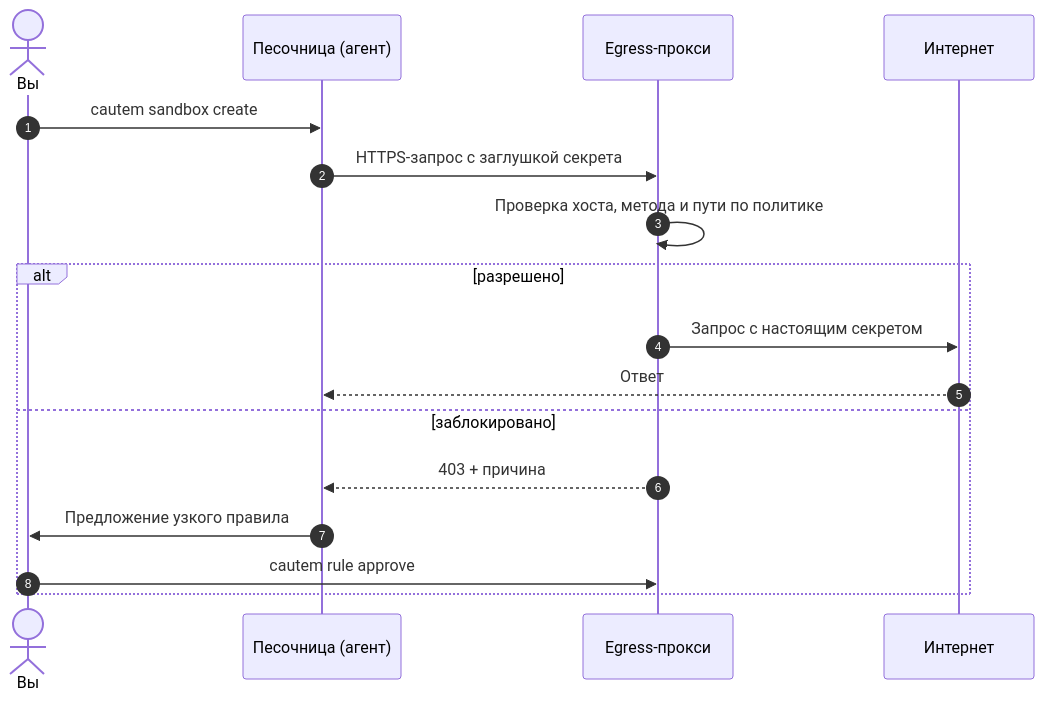
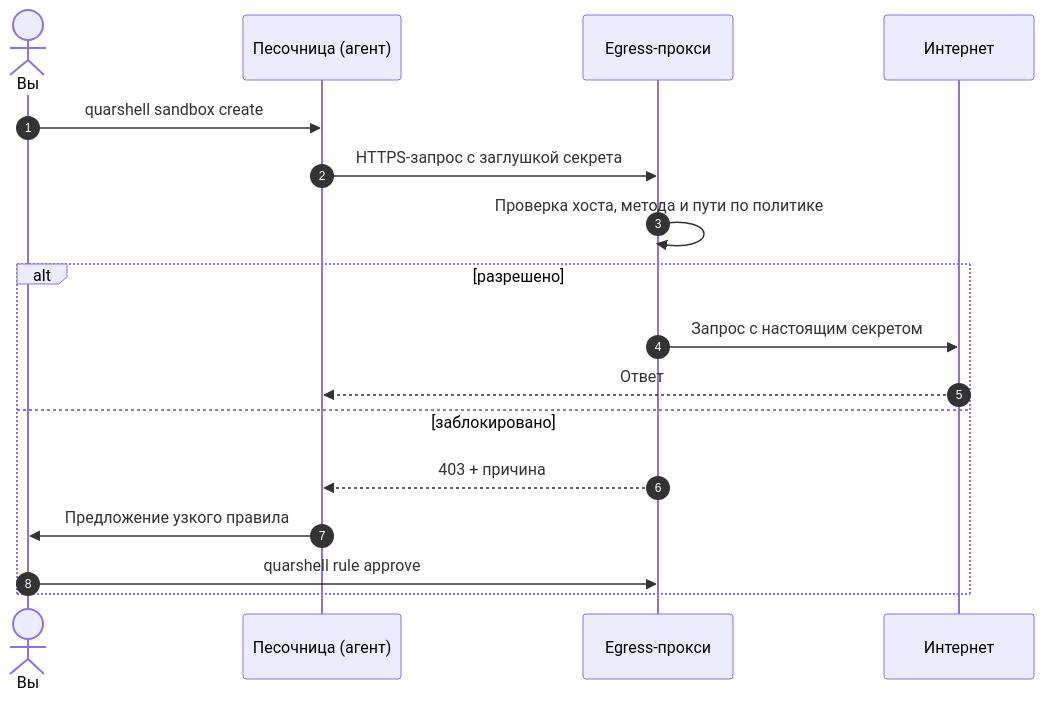
Before and after one commit to KLORQ/quarshell: the diagram in quarshell-docs/docs/ru/index.md, drawn with Mermaid. The commit also changed other lines of this file and 1086 other files, not shown here.

````diff
--- a/quarshell-docs/docs/ru/index.md
+++ b/quarshell-docs/docs/ru/index.md
@@ -92,19 +91,19 @@
 ```mermaid
 sequenceDiagram
     autonumber
     actor You as Вы
     participant S as Песочница (агент)
     participant P as Egress-прокси
     participant U as Интернет
-    You->>S: cautem sandbox create
+    You->>S: quarshell sandbox create
     S->>P: HTTPS-запрос с заглушкой секрета
     P->>P: Проверка хоста, метода и пути по политике
     alt разрешено
         P->>U: Запрос с настоящим секретом
         U-->>S: Ответ
     else заблокировано
         P-->>S: 403 + причина
         S->>You: Предложение узкого правила
-        You->>P: cautem rule approve
+        You->>P: quarshell rule approve
     end
 ```
````
